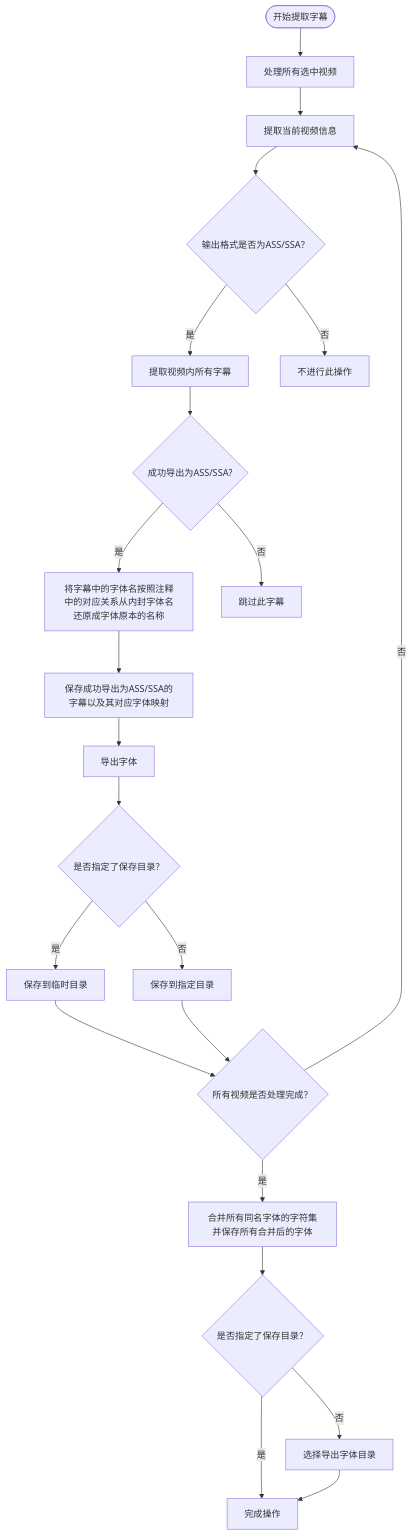
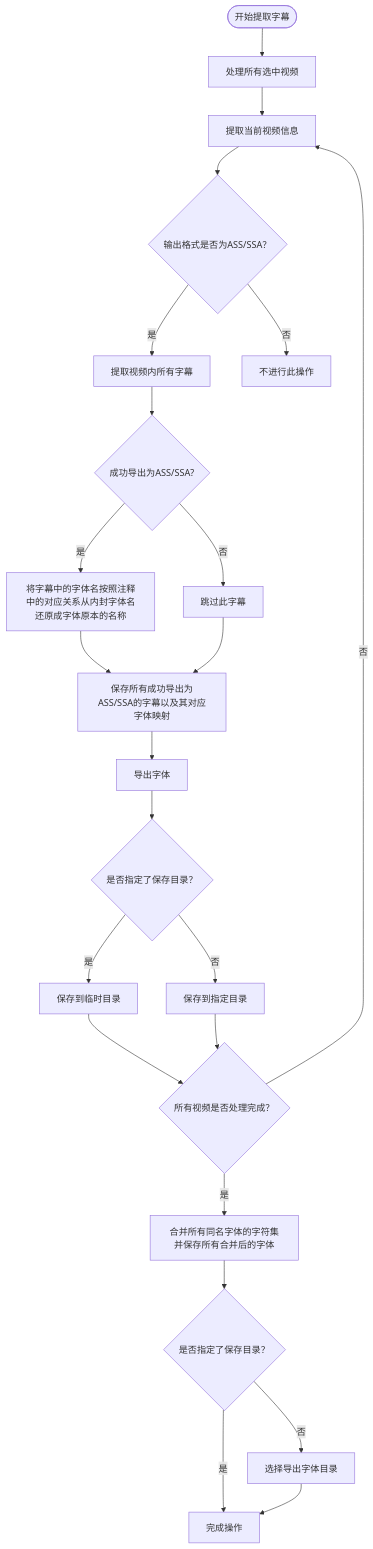
The second of 4 diagrams in README.md (TCBOMC/Subtitle-Exporter), drawn with Mermaid before and after one commit. The commit also changed other lines of this file, not shown here.

````diff
--- a/README.md
+++ b/README.md
@@ -92,28 +92,29 @@
     ```mermaid
     flowchart TD
     A(["开始提取字幕"]) --> B["处理所有选中视频"]
     C{"输出格式是否为ASS/SSA？"} -- 是 --> D["提取视频内所有字幕"]
     C -- 否 --> E["不进行此操作"]
     B --> n1["提取当前视频信息"]
     n1 --> C
     D --> n8["成功导出为ASS/SSA?"]
-    n2["保存成功导出为ASS/SSA的字幕以及其对应字体映射"] --> n3["导出字体"]
+    n2["保存所有成功导出为ASS/SSA的字幕以及其对应字体映射"] --> n3["导出字体"]
     n3 --> n10["是否指定了保存目录？"]
     n5["所有视频是否处理完成？"] -- 是 --> n6["合并所有同名字体的字符集并保存所有合并后的字体"]
     n5 -- 否 --> n1
     n7["将字幕中的字体名按照注释中的对应关系从内封字体名还原成字体原本的名称"] --> n2
     n8 -- 是 --> n7
     n8 -- 否 --> n9["跳过此字幕"]
+    n9 --> n2
     n10 -- 是 --> n11["保存到临时目录"]
     n10 -- 否 --> n12["保存到指定目录"]
     n11 --> n5
     n12 --> n5
     n6 --> n13["是否指定了保存目录？"]
     n13 -- 是 --> n14["完成操作"]
     n13 -- 否 --> n15["选择导出字体目录"]
     n15 --> n14
     n8@{ shape: diam}
     n10@{ shape: diam}
     n5@{ shape: diam}
     n13@{ shape: diam}
     ```
````
